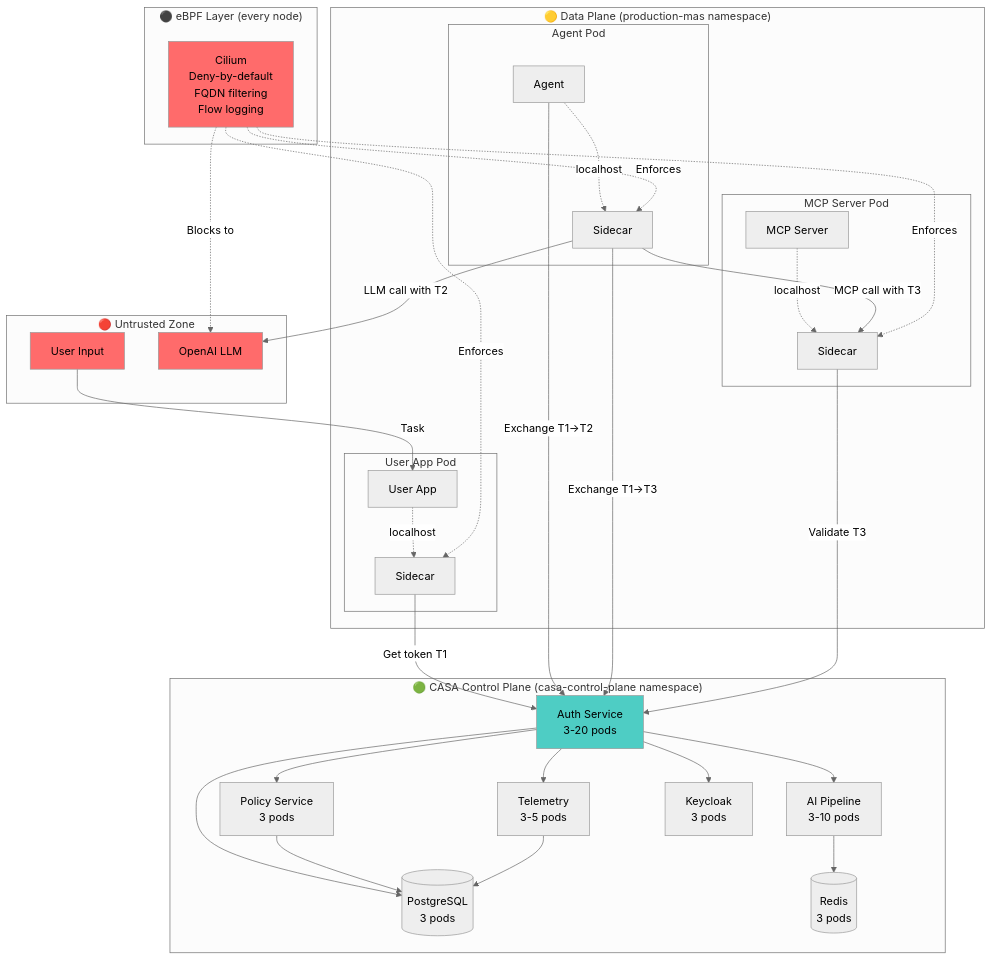
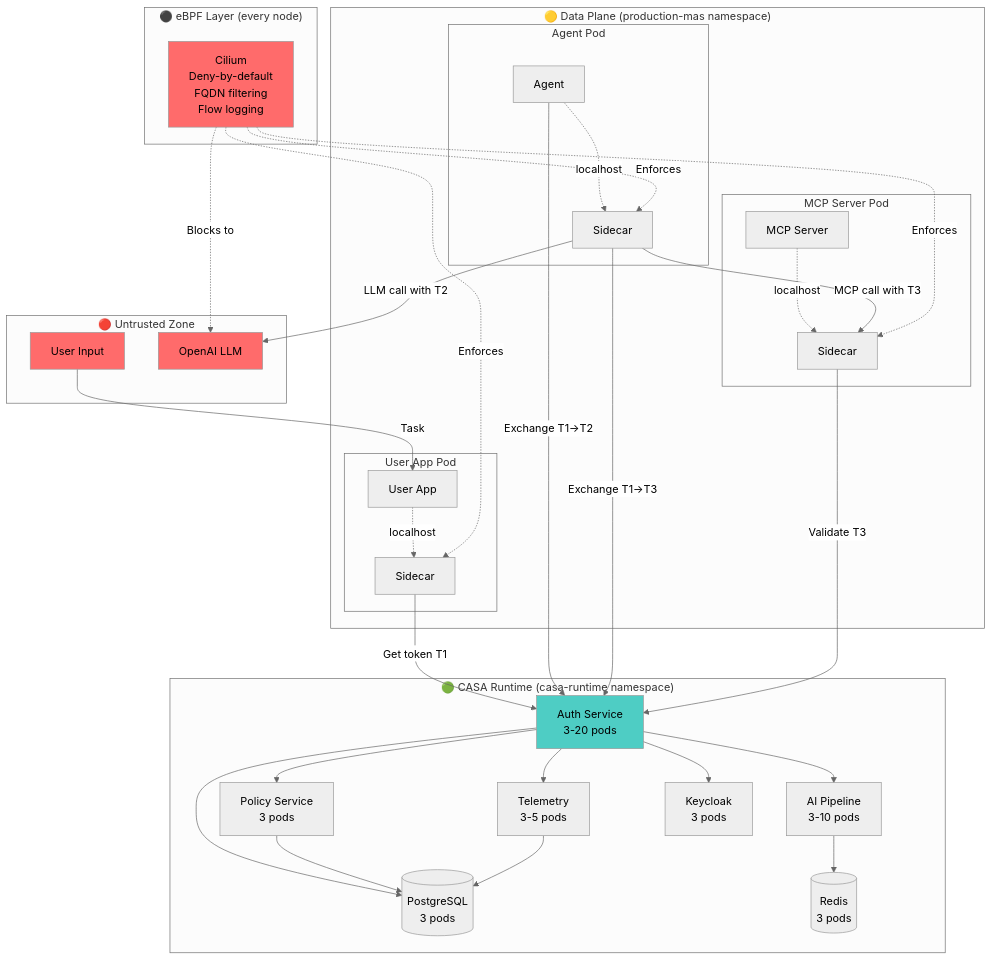
The first of 3 diagrams in docs/dev/specs/SPECS_HIGH_LEVEL.md (outshift-open/CASA), drawn with Mermaid (neutral theme) before and after one commit. The commit also changed other lines of this file and 95 other files, not shown here.

Commit message:
feat: Rename to CASA runtime

````diff
--- a/docs/dev/specs/SPECS_HIGH_LEVEL.md
+++ b/docs/dev/specs/SPECS_HIGH_LEVEL.md
@@ -36,68 +36,68 @@
 ```mermaid
 graph TB
     subgraph "🔴 Untrusted Zone"
         USER[User Input]
         LLM[OpenAI LLM]
     end
 
-    subgraph "🟢 CASA Control Plane (casa-control-plane namespace)"
+    subgraph "🟢 CASA Runtime (casa-runtime namespace)"
         AUTH[Auth Service<br/>3-20 pods]
         POLICY[Policy Service<br/>3 pods]
         AI[AI Pipeline<br/>3-10 pods]
         TELEM[Telemetry<br/>3-5 pods]
         KC[Keycloak<br/>3 pods]
         PG[(PostgreSQL<br/>3 pods)]
         REDIS[(Redis<br/>3 pods)]
 
         AUTH --> KC
         AUTH --> POLICY
         AUTH --> AI
         AUTH --> TELEM
         AUTH --> PG
         POLICY --> PG
         AI --> REDIS
         TELEM --> PG
     end
 
     subgraph "🟡 Data Plane (production-mas namespace)"
         subgraph "User App Pod"
             UA[User App]
             UAS[Sidecar]
             UA -.->|localhost| UAS
         end
 
         subgraph "Agent Pod"
             AG[Agent]
             AGS[Sidecar]
             AG -.->|localhost| AGS
         end
 
         subgraph "MCP Server Pod"
             MCP[MCP Server]
             MCPS[Sidecar]
             MCP -.->|localhost| MCPS
         end
     end
 
     subgraph "⚫ eBPF Layer (every node)"
         CILIUM[Cilium<br/>Deny-by-default<br/>FQDN filtering<br/>Flow logging]
     end
 
     USER -->|Task| UA
     UAS -->|Get token T1| AUTH
     AG -->|Exchange T1→T2| AUTH
     AGS -->|LLM call with T2| LLM
     AGS -->|Exchange T1→T3| AUTH
     AGS -->|MCP call with T3| MCPS
     MCPS -->|Validate T3| AUTH
 
     CILIUM -.->|Enforces| UAS
     CILIUM -.->|Enforces| AGS
     CILIUM -.->|Enforces| MCPS
     CILIUM -.->|Blocks to| LLM
 
     style USER fill:#ff6b6b
     style LLM fill:#ff6b6b
     style AUTH fill:#4ecdc4
     style CILIUM fill:#ff6b6b
 ```
````
